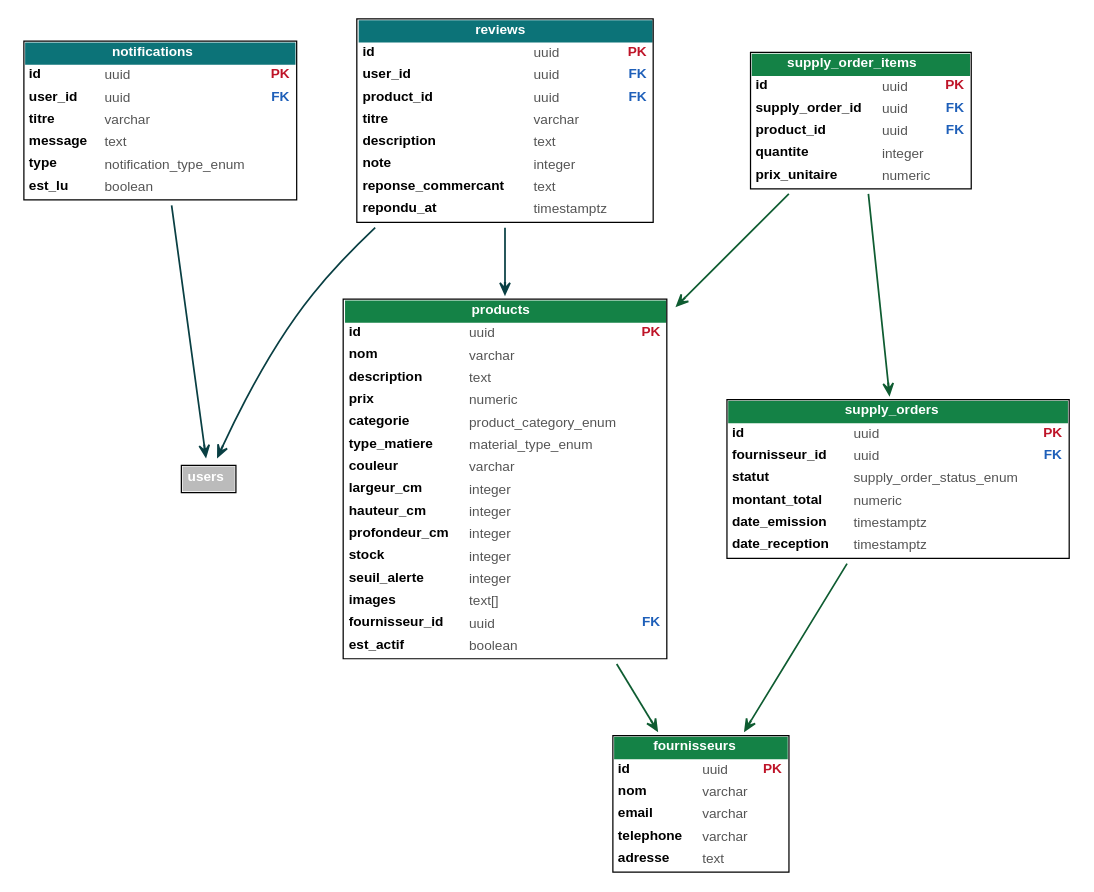
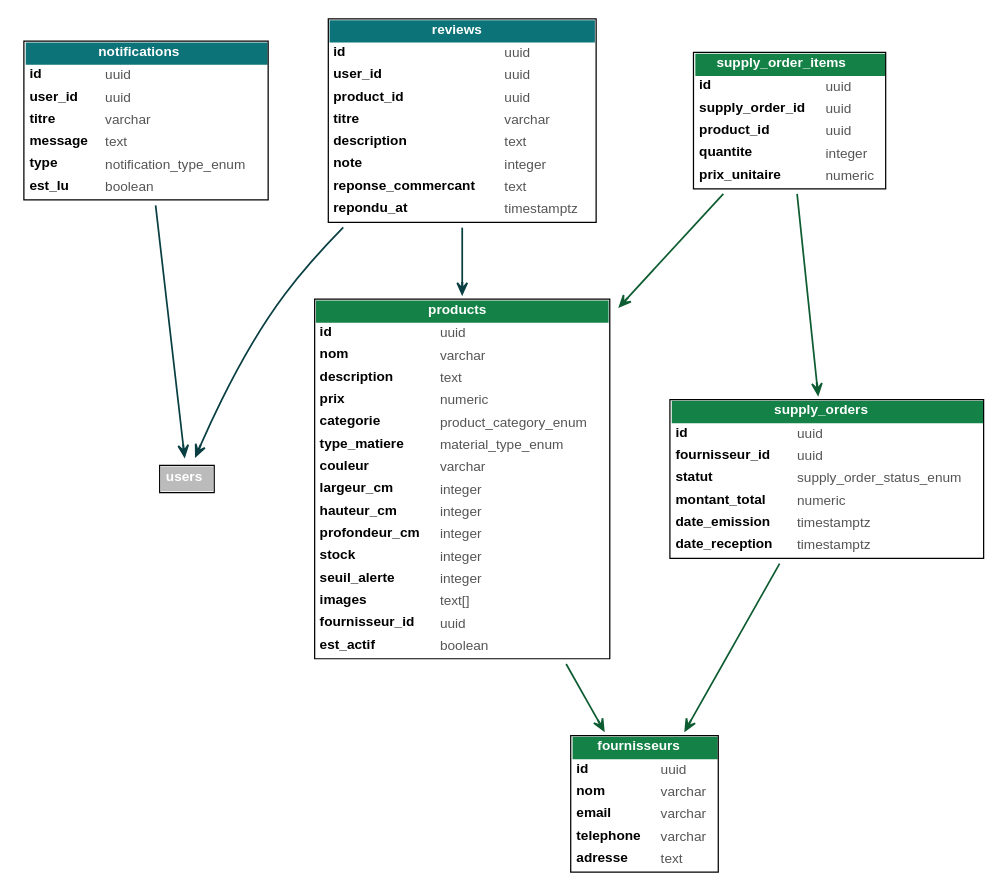
One commit to Letju/golden-house changed the diagram in docs/rapport/figures/mcd_catalogue.dot. Above: the diagram before and after it, drawn with Graphviz. The commit also changed 8 other files, not shown here.

```diff
--- a/docs/rapport/figures/mcd_catalogue.dot
+++ b/docs/rapport/figures/mcd_catalogue.dot
@@ -1,21 +1,21 @@
 digraph mcd {
   rankdir=TB; nodesep=0.45; ranksep=0.75; splines=spline;
   node [shape=plaintext, fontname="Helvetica", fontsize=11];
   edge [arrowhead=vee, arrowsize=0.9, penwidth=1.4];
 
-  fournisseurs [label=<<TABLE BORDER="1" CELLBORDER="0" CELLSPACING="0" CELLPADDING="3"><TR><TD BGCOLOR="#148246" COLSPAN="3"><FONT COLOR="white"><B>fournisseurs</B></FONT></TD></TR><TR><TD ALIGN="LEFT"><B>id</B></TD><TD ALIGN="LEFT"><FONT COLOR="#555555">uuid</FONT></TD><TD><FONT COLOR="#BE1428"><B>PK</B></FONT></TD></TR><TR><TD ALIGN="LEFT"><B>nom</B></TD><TD ALIGN="LEFT"><FONT COLOR="#555555">varchar</FONT></TD><TD></TD></TR><TR><TD ALIGN="LEFT"><B>email</B></TD><TD ALIGN="LEFT"><FONT COLOR="#555555">varchar</FONT></TD><TD></TD></TR><TR><TD ALIGN="LEFT"><B>telephone</B></TD><TD ALIGN="LEFT"><FONT COLOR="#555555">varchar</FONT></TD><TD></TD></TR><TR><TD ALIGN="LEFT"><B>adresse</B></TD><TD ALIGN="LEFT"><FONT COLOR="#555555">text</FONT></TD><TD></TD></TR></TABLE>>];
-  notifications [label=<<TABLE BORDER="1" CELLBORDER="0" CELLSPACING="0" CELLPADDING="3"><TR><TD BGCOLOR="#0C7378" COLSPAN="3"><FONT COLOR="white"><B>notifications</B></FONT></TD></TR><TR><TD ALIGN="LEFT"><B>id</B></TD><TD ALIGN="LEFT"><FONT COLOR="#555555">uuid</FONT></TD><TD><FONT COLOR="#BE1428"><B>PK</B></FONT></TD></TR><TR><TD ALIGN="LEFT"><B>user_id</B></TD><TD ALIGN="LEFT"><FONT COLOR="#555555">uuid</FONT></TD><TD><FONT COLOR="#1E5FB9"><B>FK</B></FONT></TD></TR><TR><TD ALIGN="LEFT"><B>titre</B></TD><TD ALIGN="LEFT"><FONT COLOR="#555555">varchar</FONT></TD><TD></TD></TR><TR><TD ALIGN="LEFT"><B>message</B></TD><TD ALIGN="LEFT"><FONT COLOR="#555555">text</FONT></TD><TD></TD></TR><TR><TD ALIGN="LEFT"><B>type</B></TD><TD ALIGN="LEFT"><FONT COLOR="#555555">notification_type_enum</FONT></TD><TD></TD></TR><TR><TD ALIGN="LEFT"><B>est_lu</B></TD><TD ALIGN="LEFT"><FONT COLOR="#555555">boolean</FONT></TD><TD></TD></TR></TABLE>>];
-  products [label=<<TABLE BORDER="1" CELLBORDER="0" CELLSPACING="0" CELLPADDING="3"><TR><TD BGCOLOR="#148246" COLSPAN="3"><FONT COLOR="white"><B>products</B></FONT></TD></TR><TR><TD ALIGN="LEFT"><B>id</B></TD><TD ALIGN="LEFT"><FONT COLOR="#555555">uuid</FONT></TD><TD><FONT COLOR="#BE1428"><B>PK</B></FONT></TD></TR><TR><TD ALIGN="LEFT"><B>nom</B></TD><TD ALIGN="LEFT"><FONT COLOR="#555555">varchar</FONT></TD><TD></TD></TR><TR><TD ALIGN="LEFT"><B>description</B></TD><TD ALIGN="LEFT"><FONT COLOR="#555555">text</FONT></TD><TD></TD></TR><TR><TD ALIGN="LEFT"><B>prix</B></TD><TD ALIGN="LEFT"><FONT COLOR="#555555">numeric</FONT></TD><TD></TD></TR><TR><TD ALIGN="LEFT"><B>categorie</B></TD><TD ALIGN="LEFT"><FONT COLOR="#555555">product_category_enum</FONT></TD><TD></TD></TR><TR><TD ALIGN="LEFT"><B>type_matiere</B></TD><TD ALIGN="LEFT"><FONT COLOR="#555555">material_type_enum</FONT></TD><TD></TD></TR><TR><TD ALIGN="LEFT"><B>couleur</B></TD><TD ALIGN="LEFT"><FONT COLOR="#555555">varchar</FONT></TD><TD></TD></TR><TR><TD ALIGN="LEFT"><B>largeur_cm</B></TD><TD ALIGN="LEFT"><FONT COLOR="#555555">integer</FONT></TD><TD></TD></TR><TR><TD ALIGN="LEFT"><B>hauteur_cm</B></TD><TD ALIGN="LEFT"><FONT COLOR="#555555">integer</FONT></TD><TD></TD></TR><TR><TD ALIGN="LEFT"><B>profondeur_cm</B></TD><TD ALIGN="LEFT"><FONT COLOR="#555555">integer</FONT></TD><TD></TD></TR><TR><TD ALIGN="LEFT"><B>stock</B></TD><TD ALIGN="LEFT"><FONT COLOR="#555555">integer</FONT></TD><TD></TD></TR><TR><TD ALIGN="LEFT"><B>seuil_alerte</B></TD><TD ALIGN="LEFT"><FONT COLOR="#555555">integer</FONT></TD><TD></TD></TR><TR><TD ALIGN="LEFT"><B>images</B></TD><TD ALIGN="LEFT"><FONT COLOR="#555555">text[]</FONT></TD><TD></TD></TR><TR><TD ALIGN="LEFT"><B>fournisseur_id</B></TD><TD ALIGN="LEFT"><FONT COLOR="#555555">uuid</FONT></TD><TD><FONT COLOR="#1E5FB9"><B>FK</B></FONT></TD></TR><TR><TD ALIGN="LEFT"><B>est_actif</B></TD><TD ALIGN="LEFT"><FONT COLOR="#555555">boolean</FONT></TD><TD></TD></TR></TABLE>>];
-  reviews [label=<<TABLE BORDER="1" CELLBORDER="0" CELLSPACING="0" CELLPADDING="3"><TR><TD BGCOLOR="#0C7378" COLSPAN="3"><FONT COLOR="white"><B>reviews</B></FONT></TD></TR><TR><TD ALIGN="LEFT"><B>id</B></TD><TD ALIGN="LEFT"><FONT COLOR="#555555">uuid</FONT></TD><TD><FONT COLOR="#BE1428"><B>PK</B></FONT></TD></TR><TR><TD ALIGN="LEFT"><B>user_id</B></TD><TD ALIGN="LEFT"><FONT COLOR="#555555">uuid</FONT></TD><TD><FONT COLOR="#1E5FB9"><B>FK</B></FONT></TD></TR><TR><TD ALIGN="LEFT"><B>product_id</B></TD><TD ALIGN="LEFT"><FONT COLOR="#555555">uuid</FONT></TD><TD><FONT COLOR="#1E5FB9"><B>FK</B></FONT></TD></TR><TR><TD ALIGN="LEFT"><B>titre</B></TD><TD ALIGN="LEFT"><FONT COLOR="#555555">varchar</FONT></TD><TD></TD></TR><TR><TD ALIGN="LEFT"><B>description</B></TD><TD ALIGN="LEFT"><FONT COLOR="#555555">text</FONT></TD><TD></TD></TR><TR><TD ALIGN="LEFT"><B>note</B></TD><TD ALIGN="LEFT"><FONT COLOR="#555555">integer</FONT></TD><TD></TD></TR><TR><TD ALIGN="LEFT"><B>reponse_commercant</B></TD><TD ALIGN="LEFT"><FONT COLOR="#555555">text</FONT></TD><TD></TD></TR><TR><TD ALIGN="LEFT"><B>repondu_at</B></TD><TD ALIGN="LEFT"><FONT COLOR="#555555">timestamptz</FONT></TD><TD></TD></TR></TABLE>>];
-  supply_order_items [label=<<TABLE BORDER="1" CELLBORDER="0" CELLSPACING="0" CELLPADDING="3"><TR><TD BGCOLOR="#148246" COLSPAN="3"><FONT COLOR="white"><B>supply_order_items</B></FONT></TD></TR><TR><TD ALIGN="LEFT"><B>id</B></TD><TD ALIGN="LEFT"><FONT COLOR="#555555">uuid</FONT></TD><TD><FONT COLOR="#BE1428"><B>PK</B></FONT></TD></TR><TR><TD ALIGN="LEFT"><B>supply_order_id</B></TD><TD ALIGN="LEFT"><FONT COLOR="#555555">uuid</FONT></TD><TD><FONT COLOR="#1E5FB9"><B>FK</B></FONT></TD></TR><TR><TD ALIGN="LEFT"><B>product_id</B></TD><TD ALIGN="LEFT"><FONT COLOR="#555555">uuid</FONT></TD><TD><FONT COLOR="#1E5FB9"><B>FK</B></FONT></TD></TR><TR><TD ALIGN="LEFT"><B>quantite</B></TD><TD ALIGN="LEFT"><FONT COLOR="#555555">integer</FONT></TD><TD></TD></TR><TR><TD ALIGN="LEFT"><B>prix_unitaire</B></TD><TD ALIGN="LEFT"><FONT COLOR="#555555">numeric</FONT></TD><TD></TD></TR></TABLE>>];
-  supply_orders [label=<<TABLE BORDER="1" CELLBORDER="0" CELLSPACING="0" CELLPADDING="3"><TR><TD BGCOLOR="#148246" COLSPAN="3"><FONT COLOR="white"><B>supply_orders</B></FONT></TD></TR><TR><TD ALIGN="LEFT"><B>id</B></TD><TD ALIGN="LEFT"><FONT COLOR="#555555">uuid</FONT></TD><TD><FONT COLOR="#BE1428"><B>PK</B></FONT></TD></TR><TR><TD ALIGN="LEFT"><B>fournisseur_id</B></TD><TD ALIGN="LEFT"><FONT COLOR="#555555">uuid</FONT></TD><TD><FONT COLOR="#1E5FB9"><B>FK</B></FONT></TD></TR><TR><TD ALIGN="LEFT"><B>statut</B></TD><TD ALIGN="LEFT"><FONT COLOR="#555555">supply_order_status_enum</FONT></TD><TD></TD></TR><TR><TD ALIGN="LEFT"><B>montant_total</B></TD><TD ALIGN="LEFT"><FONT COLOR="#555555">numeric</FONT></TD><TD></TD></TR><TR><TD ALIGN="LEFT"><B>date_emission</B></TD><TD ALIGN="LEFT"><FONT COLOR="#555555">timestamptz</FONT></TD><TD></TD></TR><TR><TD ALIGN="LEFT"><B>date_reception</B></TD><TD ALIGN="LEFT"><FONT COLOR="#555555">timestamptz</FONT></TD><TD></TD></TR></TABLE>>];
+  fournisseurs [label=<<TABLE BORDER="1" CELLBORDER="0" CELLSPACING="0" CELLPADDING="3"><TR><TD BGCOLOR="#148246" COLSPAN="2"><FONT COLOR="white"><B>fournisseurs</B></FONT></TD></TR><TR><TD ALIGN="LEFT"><B>id</B></TD><TD ALIGN="LEFT"><FONT COLOR="#555555">uuid</FONT></TD></TR><TR><TD ALIGN="LEFT"><B>nom</B></TD><TD ALIGN="LEFT"><FONT COLOR="#555555">varchar</FONT></TD></TR><TR><TD ALIGN="LEFT"><B>email</B></TD><TD ALIGN="LEFT"><FONT COLOR="#555555">varchar</FONT></TD></TR><TR><TD ALIGN="LEFT"><B>telephone</B></TD><TD ALIGN="LEFT"><FONT COLOR="#555555">varchar</FONT></TD></TR><TR><TD ALIGN="LEFT"><B>adresse</B></TD><TD ALIGN="LEFT"><FONT COLOR="#555555">text</FONT></TD></TR></TABLE>>];
+  notifications [label=<<TABLE BORDER="1" CELLBORDER="0" CELLSPACING="0" CELLPADDING="3"><TR><TD BGCOLOR="#0C7378" COLSPAN="2"><FONT COLOR="white"><B>notifications</B></FONT></TD></TR><TR><TD ALIGN="LEFT"><B>id</B></TD><TD ALIGN="LEFT"><FONT COLOR="#555555">uuid</FONT></TD></TR><TR><TD ALIGN="LEFT"><B>user_id</B></TD><TD ALIGN="LEFT"><FONT COLOR="#555555">uuid</FONT></TD></TR><TR><TD ALIGN="LEFT"><B>titre</B></TD><TD ALIGN="LEFT"><FONT COLOR="#555555">varchar</FONT></TD></TR><TR><TD ALIGN="LEFT"><B>message</B></TD><TD ALIGN="LEFT"><FONT COLOR="#555555">text</FONT></TD></TR><TR><TD ALIGN="LEFT"><B>type</B></TD><TD ALIGN="LEFT"><FONT COLOR="#555555">notification_type_enum</FONT></TD></TR><TR><TD ALIGN="LEFT"><B>est_lu</B></TD><TD ALIGN="LEFT"><FONT COLOR="#555555">boolean</FONT></TD></TR></TABLE>>];
+  products [label=<<TABLE BORDER="1" CELLBORDER="0" CELLSPACING="0" CELLPADDING="3"><TR><TD BGCOLOR="#148246" COLSPAN="2"><FONT COLOR="white"><B>products</B></FONT></TD></TR><TR><TD ALIGN="LEFT"><B>id</B></TD><TD ALIGN="LEFT"><FONT COLOR="#555555">uuid</FONT></TD></TR><TR><TD ALIGN="LEFT"><B>nom</B></TD><TD ALIGN="LEFT"><FONT COLOR="#555555">varchar</FONT></TD></TR><TR><TD ALIGN="LEFT"><B>description</B></TD><TD ALIGN="LEFT"><FONT COLOR="#555555">text</FONT></TD></TR><TR><TD ALIGN="LEFT"><B>prix</B></TD><TD ALIGN="LEFT"><FONT COLOR="#555555">numeric</FONT></TD></TR><TR><TD ALIGN="LEFT"><B>categorie</B></TD><TD ALIGN="LEFT"><FONT COLOR="#555555">product_category_enum</FONT></TD></TR><TR><TD ALIGN="LEFT"><B>type_matiere</B></TD><TD ALIGN="LEFT"><FONT COLOR="#555555">material_type_enum</FONT></TD></TR><TR><TD ALIGN="LEFT"><B>couleur</B></TD><TD ALIGN="LEFT"><FONT COLOR="#555555">varchar</FONT></TD></TR><TR><TD ALIGN="LEFT"><B>largeur_cm</B></TD><TD ALIGN="LEFT"><FONT COLOR="#555555">integer</FONT></TD></TR><TR><TD ALIGN="LEFT"><B>hauteur_cm</B></TD><TD ALIGN="LEFT"><FONT COLOR="#555555">integer</FONT></TD></TR><TR><TD ALIGN="LEFT"><B>profondeur_cm</B></TD><TD ALIGN="LEFT"><FONT COLOR="#555555">integer</FONT></TD></TR><TR><TD ALIGN="LEFT"><B>stock</B></TD><TD ALIGN="LEFT"><FONT COLOR="#555555">integer</FONT></TD></TR><TR><TD ALIGN="LEFT"><B>seuil_alerte</B></TD><TD ALIGN="LEFT"><FONT COLOR="#555555">integer</FONT></TD></TR><TR><TD ALIGN="LEFT"><B>images</B></TD><TD ALIGN="LEFT"><FONT COLOR="#555555">text[]</FONT></TD></TR><TR><TD ALIGN="LEFT"><B>fournisseur_id</B></TD><TD ALIGN="LEFT"><FONT COLOR="#555555">uuid</FONT></TD></TR><TR><TD ALIGN="LEFT"><B>est_actif</B></TD><TD ALIGN="LEFT"><FONT COLOR="#555555">boolean</FONT></TD></TR></TABLE>>];
+  reviews [label=<<TABLE BORDER="1" CELLBORDER="0" CELLSPACING="0" CELLPADDING="3"><TR><TD BGCOLOR="#0C7378" COLSPAN="2"><FONT COLOR="white"><B>reviews</B></FONT></TD></TR><TR><TD ALIGN="LEFT"><B>id</B></TD><TD ALIGN="LEFT"><FONT COLOR="#555555">uuid</FONT></TD></TR><TR><TD ALIGN="LEFT"><B>user_id</B></TD><TD ALIGN="LEFT"><FONT COLOR="#555555">uuid</FONT></TD></TR><TR><TD ALIGN="LEFT"><B>product_id</B></TD><TD ALIGN="LEFT"><FONT COLOR="#555555">uuid</FONT></TD></TR><TR><TD ALIGN="LEFT"><B>titre</B></TD><TD ALIGN="LEFT"><FONT COLOR="#555555">varchar</FONT></TD></TR><TR><TD ALIGN="LEFT"><B>description</B></TD><TD ALIGN="LEFT"><FONT COLOR="#555555">text</FONT></TD></TR><TR><TD ALIGN="LEFT"><B>note</B></TD><TD ALIGN="LEFT"><FONT COLOR="#555555">integer</FONT></TD></TR><TR><TD ALIGN="LEFT"><B>reponse_commercant</B></TD><TD ALIGN="LEFT"><FONT COLOR="#555555">text</FONT></TD></TR><TR><TD ALIGN="LEFT"><B>repondu_at</B></TD><TD ALIGN="LEFT"><FONT COLOR="#555555">timestamptz</FONT></TD></TR></TABLE>>];
+  supply_order_items [label=<<TABLE BORDER="1" CELLBORDER="0" CELLSPACING="0" CELLPADDING="3"><TR><TD BGCOLOR="#148246" COLSPAN="2"><FONT COLOR="white"><B>supply_order_items</B></FONT></TD></TR><TR><TD ALIGN="LEFT"><B>id</B></TD><TD ALIGN="LEFT"><FONT COLOR="#555555">uuid</FONT></TD></TR><TR><TD ALIGN="LEFT"><B>supply_order_id</B></TD><TD ALIGN="LEFT"><FONT COLOR="#555555">uuid</FONT></TD></TR><TR><TD ALIGN="LEFT"><B>product_id</B></TD><TD ALIGN="LEFT"><FONT COLOR="#555555">uuid</FONT></TD></TR><TR><TD ALIGN="LEFT"><B>quantite</B></TD><TD ALIGN="LEFT"><FONT COLOR="#555555">integer</FONT></TD></TR><TR><TD ALIGN="LEFT"><B>prix_unitaire</B></TD><TD ALIGN="LEFT"><FONT COLOR="#555555">numeric</FONT></TD></TR></TABLE>>];
+  supply_orders [label=<<TABLE BORDER="1" CELLBORDER="0" CELLSPACING="0" CELLPADDING="3"><TR><TD BGCOLOR="#148246" COLSPAN="2"><FONT COLOR="white"><B>supply_orders</B></FONT></TD></TR><TR><TD ALIGN="LEFT"><B>id</B></TD><TD ALIGN="LEFT"><FONT COLOR="#555555">uuid</FONT></TD></TR><TR><TD ALIGN="LEFT"><B>fournisseur_id</B></TD><TD ALIGN="LEFT"><FONT COLOR="#555555">uuid</FONT></TD></TR><TR><TD ALIGN="LEFT"><B>statut</B></TD><TD ALIGN="LEFT"><FONT COLOR="#555555">supply_order_status_enum</FONT></TD></TR><TR><TD ALIGN="LEFT"><B>montant_total</B></TD><TD ALIGN="LEFT"><FONT COLOR="#555555">numeric</FONT></TD></TR><TR><TD ALIGN="LEFT"><B>date_emission</B></TD><TD ALIGN="LEFT"><FONT COLOR="#555555">timestamptz</FONT></TD></TR><TR><TD ALIGN="LEFT"><B>date_reception</B></TD><TD ALIGN="LEFT"><FONT COLOR="#555555">timestamptz</FONT></TD></TR></TABLE>>];
   users [label=<<TABLE BORDER="1" CELLBORDER="0" CELLSPACING="0" CELLPADDING="4"><TR><TD BGCOLOR="#BBBBBB"><FONT COLOR="white"><B>users</B></FONT></TD></TR></TABLE>>];
 
   notifications -> users [color="#093F43"];
   products -> fournisseurs [color="#0E5C31"];
   reviews -> products [color="#093F43"];
   reviews -> users [color="#093F43"];
   supply_order_items -> products [color="#0E5C31"];
   supply_order_items -> supply_orders [color="#0E5C31"];
   supply_orders -> fournisseurs [color="#0E5C31"];
 }
```
